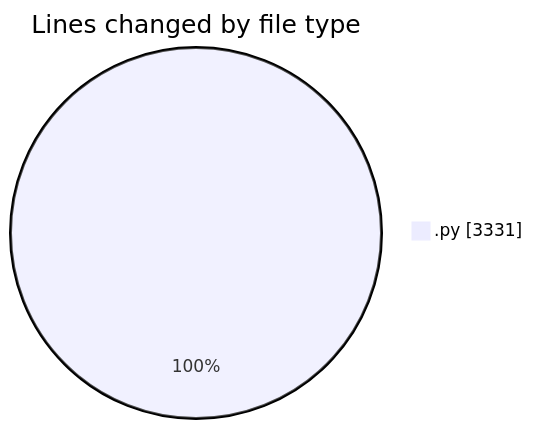
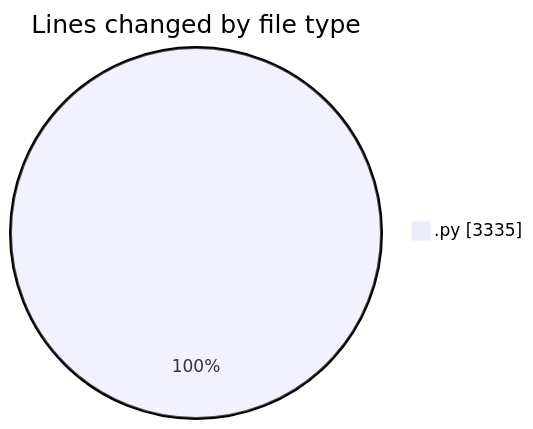
Before and after one commit to julien-gomy/code-tracking: the first of 2 diagrams in 2025-11-19/eventscop-api-guide__workspace_/README.md, drawn with Mermaid. The commit also changed other lines of this file and 1 other file, not shown here.

````diff
--- a/2025-11-19/eventscop-api-guide__workspace_/README.md
+++ b/2025-11-19/eventscop-api-guide__workspace_/README.md
@@ -25,5 +25,5 @@
 ```mermaid
 pie showData
 title Lines changed by file type
-".py" : 3331
+".py" : 3335
 ```
````
